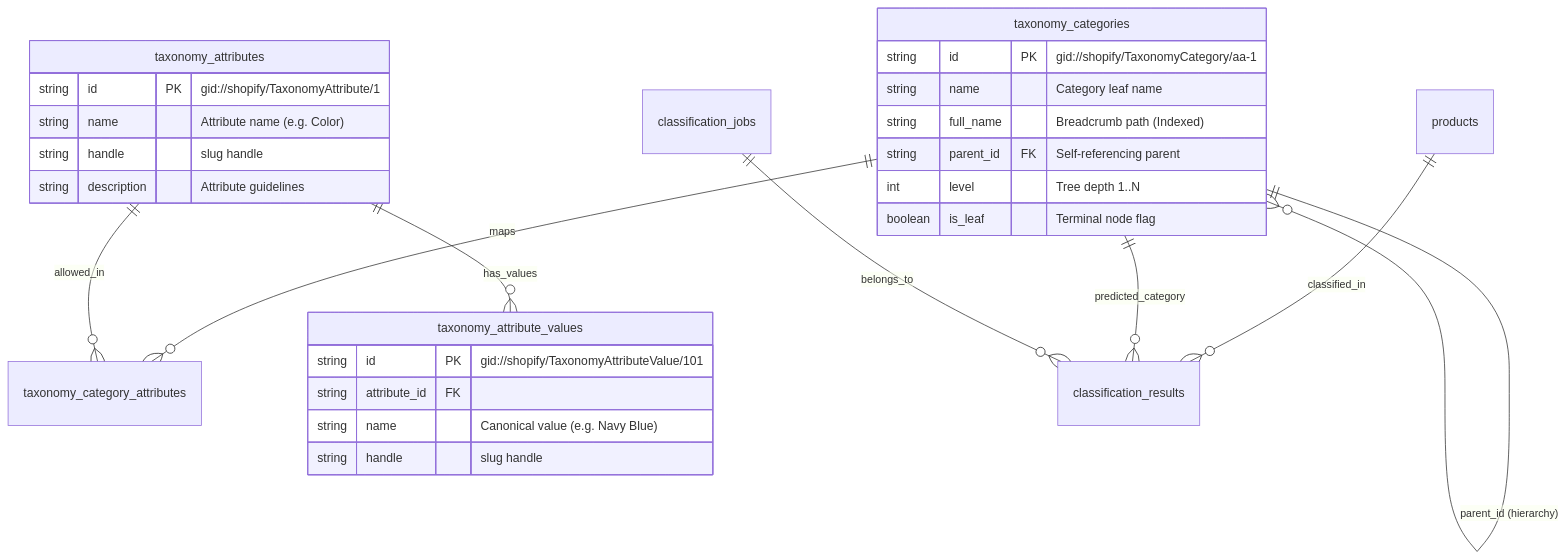
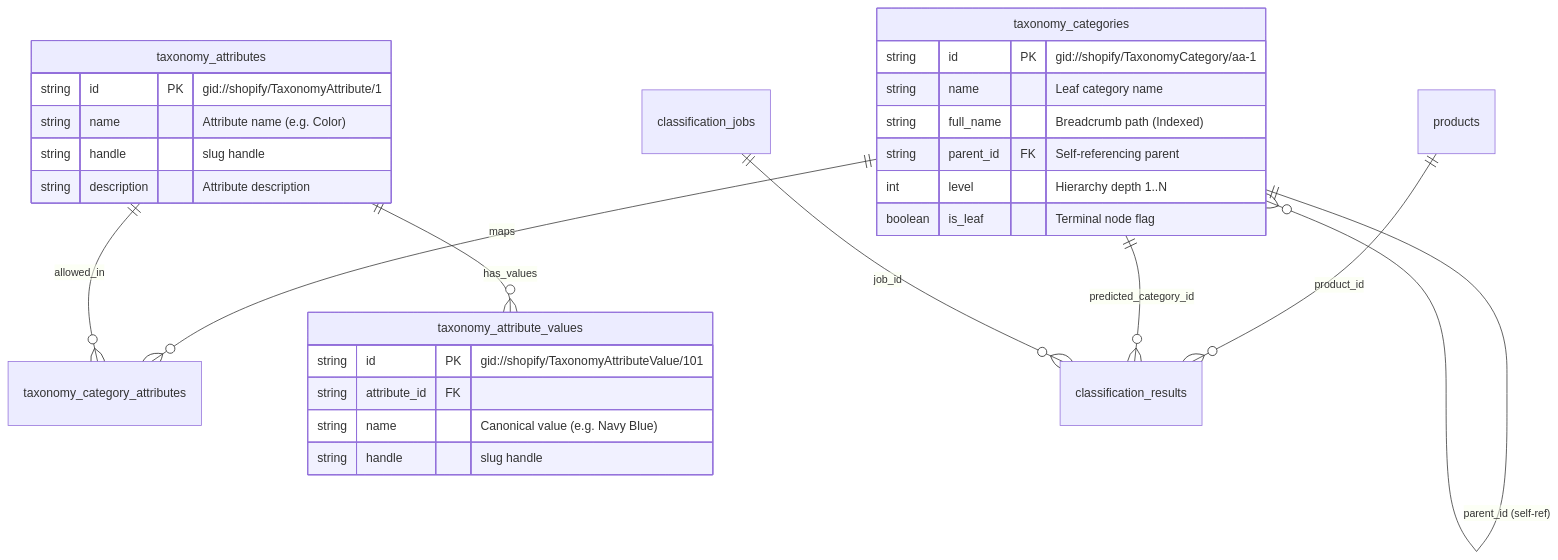
Before and after one commit to akheedha/product_taxonomy_classifier: the third of 6 diagrams in QUESTIONS.md, drawn with Mermaid. The commit also changed other lines of this file, not shown here.

````diff
--- a/QUESTIONS.md
+++ b/QUESTIONS.md
@@ -203,34 +237,34 @@
 ```mermaid
 erDiagram
-    taxonomy_categories ||--o{ taxonomy_categories : "parent_id (hierarchy)"
+    taxonomy_categories ||--o{ taxonomy_categories : "parent_id (self-ref)"
     taxonomy_categories ||--o{ taxonomy_category_attributes : "maps"
     taxonomy_attributes ||--o{ taxonomy_category_attributes : "allowed_in"
     taxonomy_attributes ||--o{ taxonomy_attribute_values : "has_values"
     
-    products ||--o{ classification_results : "classified_in"
-    taxonomy_categories ||--o{ classification_results : "predicted_category"
-    classification_jobs ||--o{ classification_results : "belongs_to"
+    products ||--o{ classification_results : "product_id"
+    taxonomy_categories ||--o{ classification_results : "predicted_category_id"
+    classification_jobs ||--o{ classification_results : "job_id"
 
     taxonomy_categories {
         string id PK "gid://shopify/TaxonomyCategory/aa-1"
-        string name "Category leaf name"
+        string name "Leaf category name"
         string full_name "Breadcrumb path (Indexed)"
         string parent_id FK "Self-referencing parent"
-        int level "Tree depth 1..N"
+        int level "Hierarchy depth 1..N"
         boolean is_leaf "Terminal node flag"
     }
 
     taxonomy_attributes {
         string id PK "gid://shopify/TaxonomyAttribute/1"
         string name "Attribute name (e.g. Color)"
         string handle "slug handle"
-        string description "Attribute guidelines"
+        string description "Attribute description"
     }
 
     taxonomy_attribute_values {
         string id PK "gid://shopify/TaxonomyAttributeValue/101"
         string attribute_id FK
         string name "Canonical value (e.g. Navy Blue)"
         string handle "slug handle"
     }
 ```
````
